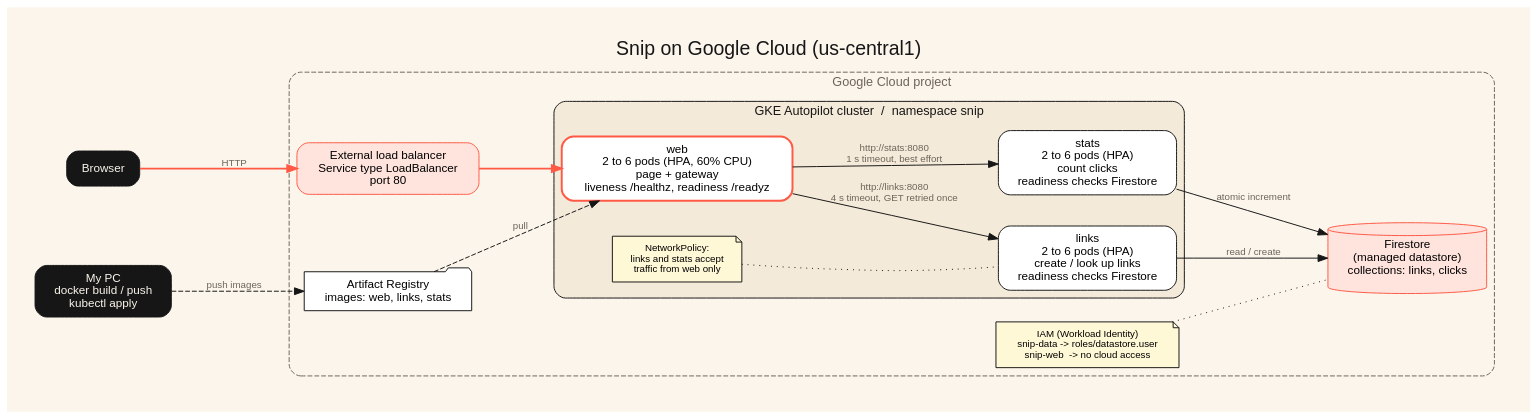
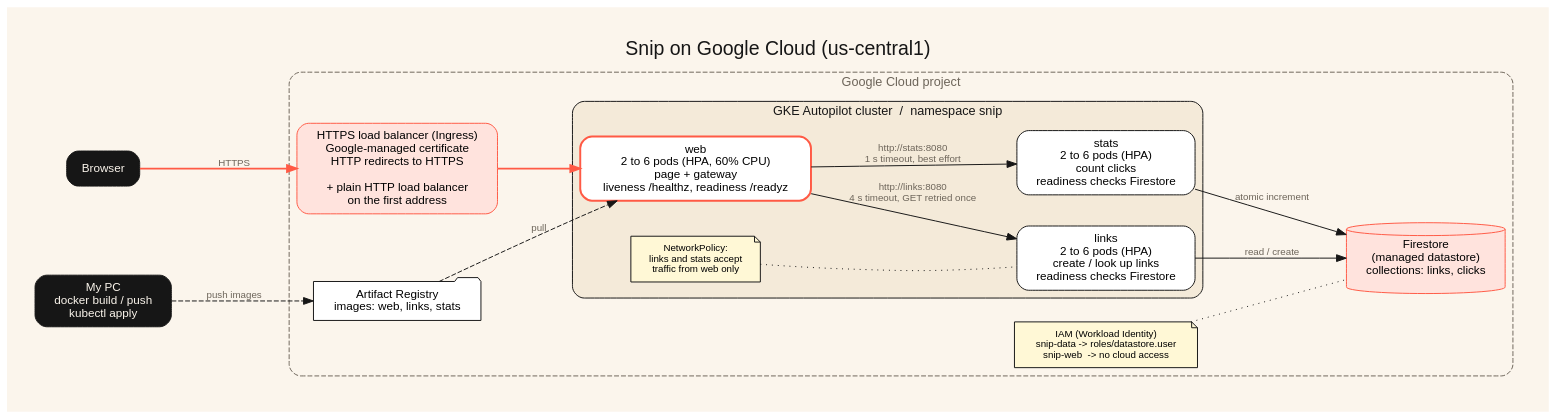
Before and after one commit to ShafkatKhan19/ai255-project2: the diagram in docs/architecture.dot, drawn with Graphviz. The commit also changed 6 other files, not shown here.

First line of the commit message:
Report: HTTPS endpoint, security section, updated diagram and cost

```diff
--- a/docs/architecture.dot
+++ b/docs/architecture.dot
@@ -1,39 +1,39 @@
 digraph snip {
   rankdir=LR; bgcolor="#fbf5ec"; pad=0.4; nodesep=0.45; ranksep=0.9;
   fontname="Helvetica"; labelloc=t; fontsize=20; fontcolor="#161616";
   label="Snip on Google Cloud (us-central1)";
   node [shape=box, style="rounded,filled", fillcolor="#ffffff", color="#161616", fontname="Helvetica", fontsize=12, margin="0.18,0.10"];
   edge [fontname="Helvetica", fontsize=10, color="#161616", fontcolor="#6d655a"];
 
   user [label="Browser", fillcolor="#161616", fontcolor="#fbf5ec"];
   dev  [label="My PC\ndocker build / push\nkubectl apply", fillcolor="#161616", fontcolor="#fbf5ec"];
 
   subgraph cluster_gcp {
     label="Google Cloud project"; labelloc=t; fontsize=13; style="rounded,dashed"; color="#6d655a"; fontcolor="#6d655a";
 
-    lb [label="External load balancer\nService type LoadBalancer\nport 80", fillcolor="#ffe3dd", color="#ff5a45"];
+    lb [label="HTTPS load balancer (Ingress)\nGoogle-managed certificate\nHTTP redirects to HTTPS\n\n+ plain HTTP load balancer\non the first address", fillcolor="#ffe3dd", color="#ff5a45"];
 
     subgraph cluster_gke {
       label="GKE Autopilot cluster  /  namespace snip"; labelloc=t; fontsize=13; style="rounded,filled"; fillcolor="#f4ead9"; color="#161616"; fontcolor="#161616";
       web   [label="web\n2 to 6 pods (HPA, 60% CPU)\npage + gateway\nliveness /healthz, readiness /readyz", color="#ff5a45", penwidth=2];
       links [label="links\n2 to 6 pods (HPA)\ncreate / look up links\nreadiness checks Firestore"];
       stats [label="stats\n2 to 6 pods (HPA)\ncount clicks\nreadiness checks Firestore"];
       np    [label="NetworkPolicy:\nlinks and stats accept\ntraffic from web only", shape=note, fillcolor="#fff8d6", fontsize=10];
     }
 
     fs  [label="Firestore\n(managed datastore)\ncollections: links, clicks", shape=cylinder, fillcolor="#ffe3dd", color="#ff5a45"];
     ar  [label="Artifact Registry\nimages: web, links, stats", shape=folder];
     iam [label="IAM (Workload Identity)\nsnip-data -> roles/datastore.user\nsnip-web  -> no cloud access", shape=note, fillcolor="#fff8d6", fontsize=10];
   }
 
-  user -> lb    [label="HTTP", color="#ff5a45", penwidth=1.8];
+  user -> lb    [label="HTTPS", color="#ff5a45", penwidth=1.8];
   lb -> web     [color="#ff5a45", penwidth=1.8];
   web -> links  [label="http://links:8080\n4 s timeout, GET retried once"];
   web -> stats  [label="http://stats:8080\n1 s timeout, best effort"];
   links -> fs   [label="read / create"];
   stats -> fs   [label="atomic increment"];
   dev -> ar     [label="push images", style=dashed];
   ar -> web     [label="pull", style=dashed, constraint=false];
   iam -> fs     [style=dotted, arrowhead=none];
   np -> links   [style=dotted, arrowhead=none, constraint=false];
 }
```
